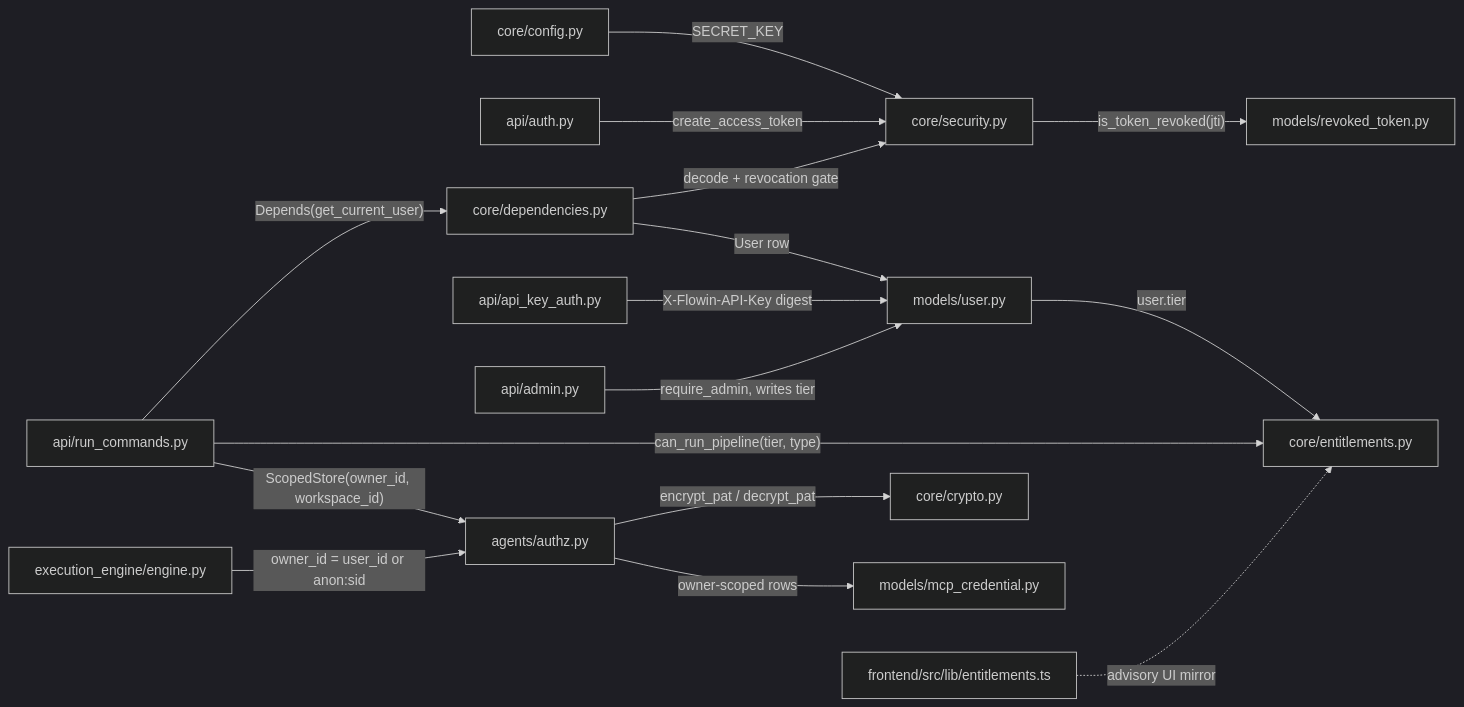
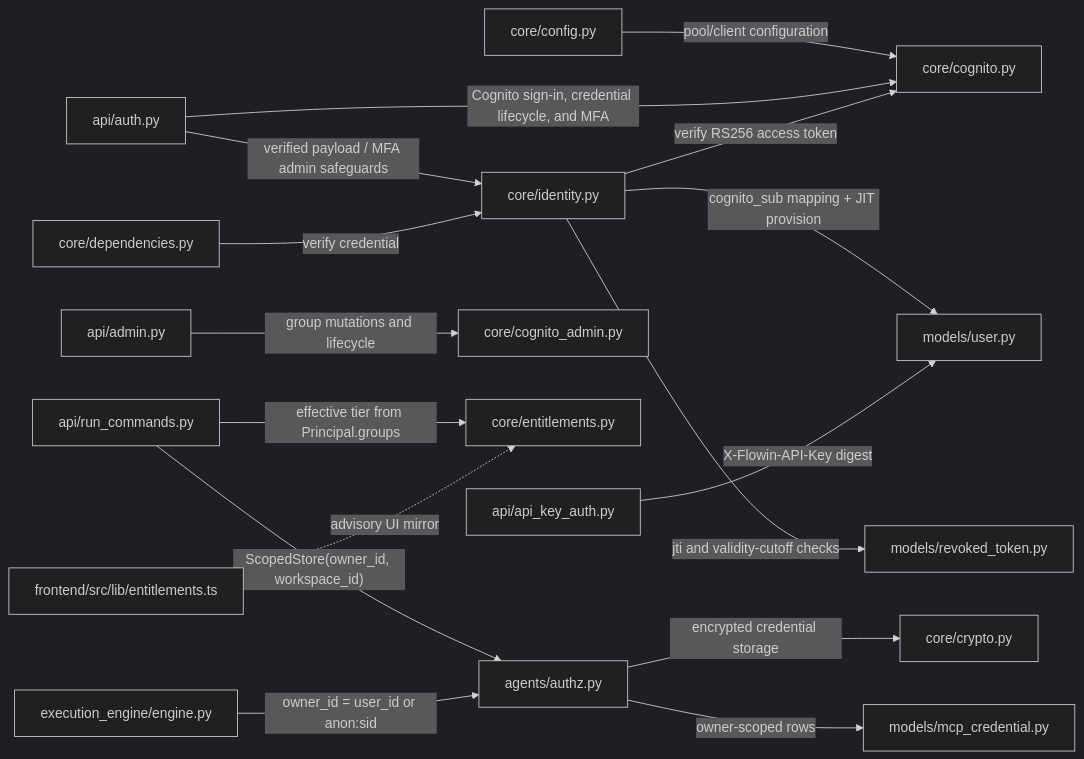
Before and after one commit to prateek-sinha7/IdeaFlowAI: the first of 2 diagrams in .knowledge/architecture/DOMAIN-auth-and-entitlements.md, drawn with Mermaid (dark theme). The commit also changed other lines of this file and 791 other files, not shown here.

````diff
--- a/.knowledge/architecture/DOMAIN-auth-and-entitlements.md
+++ b/.knowledge/architecture/DOMAIN-auth-and-entitlements.md
@@ -146,18 +155,18 @@
 ```mermaid
 flowchart LR
-  config["core/config.py"] -->|"SECRET_KEY"| security["core/security.py"]
-  auth["api/auth.py"] -->|"create_access_token"| security
-  security -->|"is_token_revoked(jti)"| revoked["models/revoked_token.py"]
-  deps["core/dependencies.py"] -->|"decode + revocation gate"| security
-  deps -->|"User row"| user["models/user.py"]
+  config["core/config.py"] -->|"pool/client configuration"| cognito["core/cognito.py"]
+  auth["api/auth.py"] -->|"Cognito sign-in, credential lifecycle, and MFA"| cognito
+  auth -->|"verified payload / MFA admin safeguards"| identity
+  deps["core/dependencies.py"] -->|"verify credential"| identity["core/identity.py"]
+  identity -->|"verify RS256 access token"| cognito
+  identity -->|"cognito_sub mapping + JIT provision"| user["models/user.py"]
+  identity -->|"jti and validity-cutoff checks"| revoked["models/revoked_token.py"]
   apikey["api/api_key_auth.py"] -->|"X-Flowin-API-Key digest"| user
-  admin["api/admin.py"] -->|"require_admin, writes tier"| user
-  runcmd["api/run_commands.py"] -->|"Depends(get_current_user)"| deps
-  user -->|"user.tier"| ent["core/entitlements.py"]
-  runcmd -->|"can_run_pipeline(tier, type)"| ent
+  admin["api/admin.py"] -->|"group mutations and lifecycle"| lifecycle["core/cognito_admin.py"]
+  runcmd["api/run_commands.py"] -->|"effective tier from Principal.groups"| ent["core/entitlements.py"]
   fe["frontend/src/lib/entitlements.ts"] -.->|"advisory UI mirror"| ent
   runcmd -->|"ScopedStore(owner_id, workspace_id)"| authz["agents/authz.py"]
   engine["execution_engine/engine.py"] -->|"owner_id = user_id or anon:sid"| authz
-  authz -->|"encrypt_pat / decrypt_pat"| crypto["core/crypto.py"]
+  authz -->|"encrypted credential storage"| crypto["core/crypto.py"]
   authz -->|"owner-scoped rows"| mcpcred["models/mcp_credential.py"]
 ```
````
